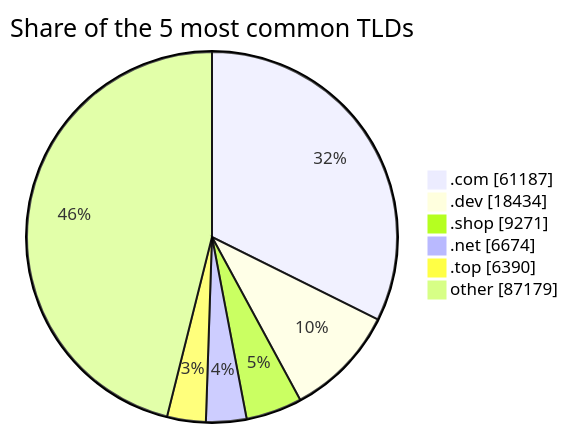
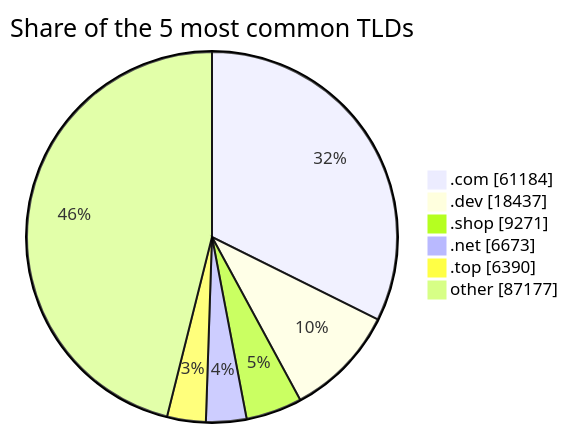
Before and after one commit to DNSBunker/CTI: the third of 3 diagrams in README.md, drawn with Mermaid. The commit also changed other lines of this file and 3 other files, not shown here.

````diff
--- a/README.md
+++ b/README.md
@@ -81,9 +81,9 @@
 ```mermaid
 pie showData title Share of the 5 most common TLDs
-    ".com" : 61187
-    ".dev" : 18434
+    ".com" : 61184
+    ".dev" : 18437
     ".shop" : 9271
-    ".net" : 6674
+    ".net" : 6673
     ".top" : 6390
-    "other" : 87179
+    "other" : 87177
 ```
````
